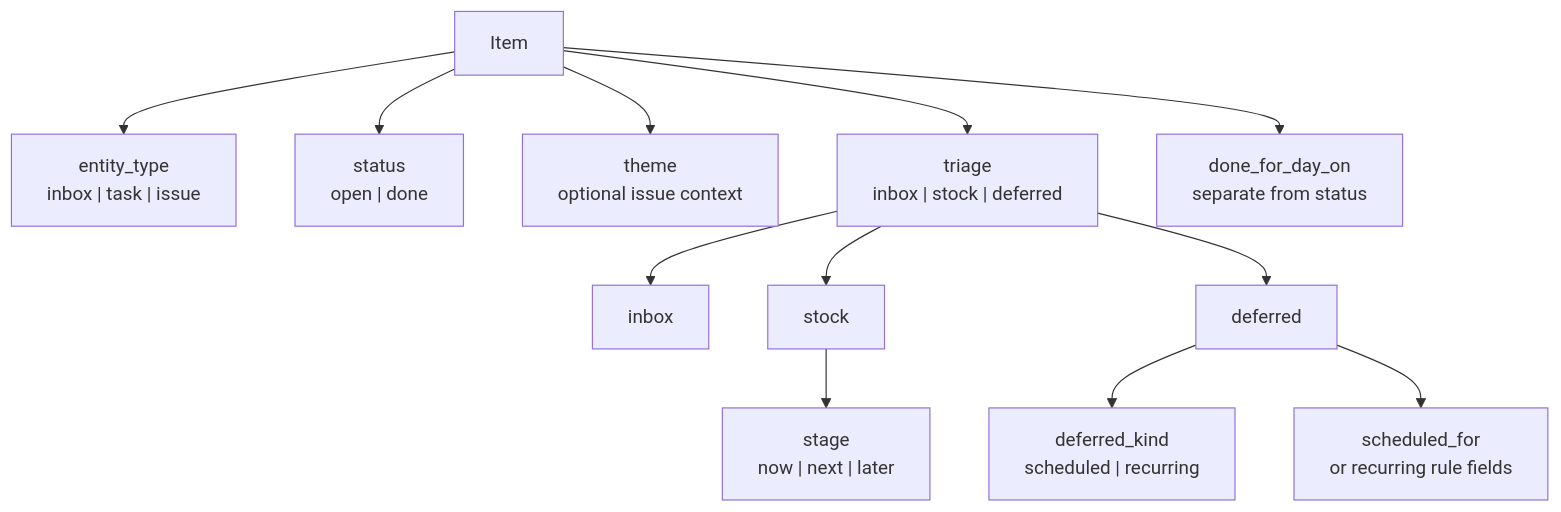
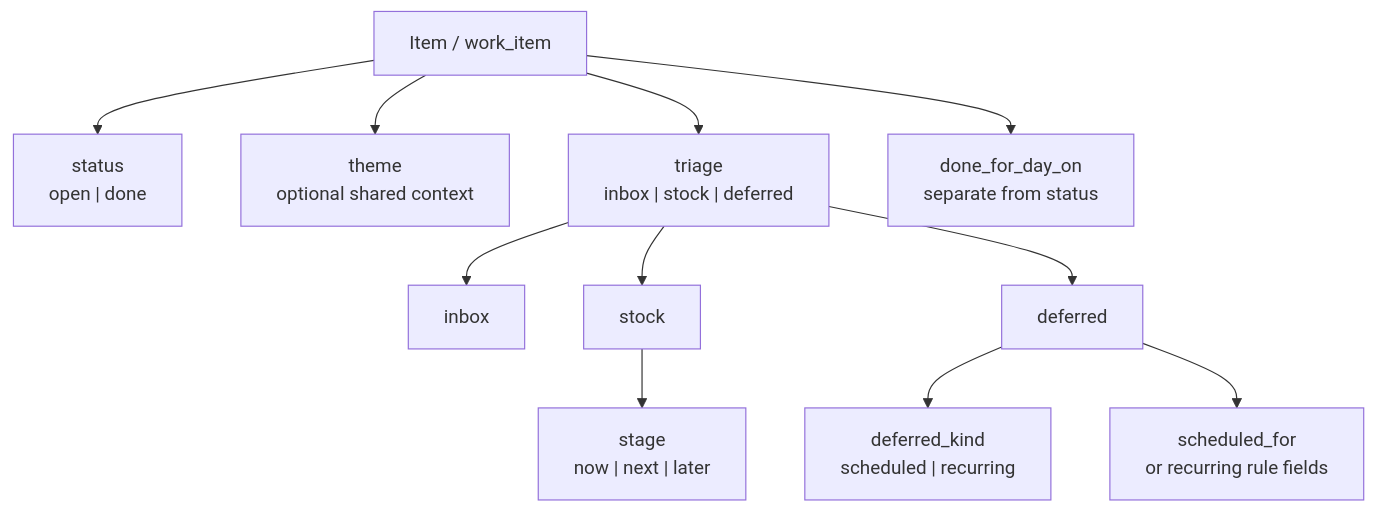
Before and after one commit to m2tkl/workbench: the diagram in docs/data-model.md, drawn with Mermaid. The commit also changed other lines of this file and 15 other files, not shown here.

````diff
--- a/docs/data-model.md
+++ b/docs/data-model.md
@@ -12,15 +11,14 @@
 ```mermaid
 flowchart TD
-    Item["Item"]
-    Item --> Entity["entity_type\ninbox | task | issue"]
+    Item["Item / work_item"]
     Item --> Status["status\nopen | done"]
-    Item --> Theme["theme\noptional issue context"]
+    Item --> Theme["theme\noptional shared context"]
     Item --> Triage["triage\ninbox | stock | deferred"]
     Triage --> Inbox["inbox"]
     Triage --> Stock["stock"]
     Triage --> Deferred["deferred"]
     Stock --> Stage["stage\nnow | next | later"]
     Deferred --> DeferredKind["deferred_kind\nscheduled | recurring"]
     Deferred --> ScheduleFields["scheduled_for\nor recurring rule fields"]
     Item --> DoneForDay["done_for_day_on\nseparate from status"]
 ```
````
